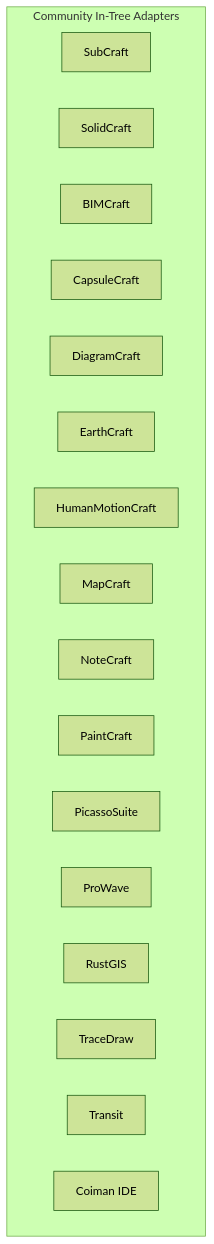
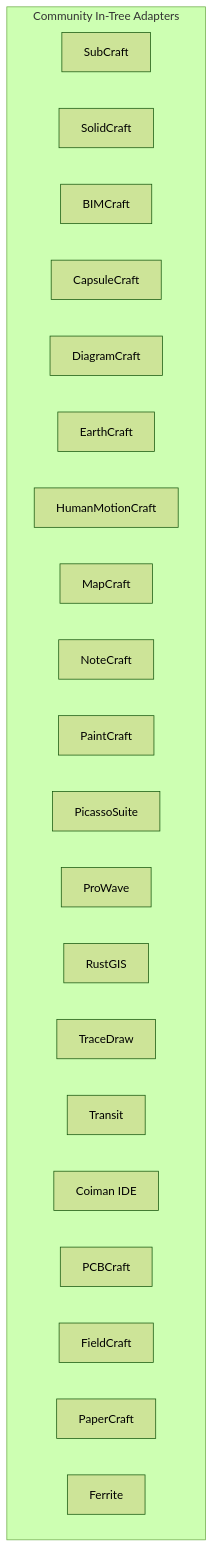
One commit to MostafaXS1/artcraft-android changed the third of 5 diagrams in docs/porting-guide.md. Above: the diagram before and after it, drawn with Mermaid (forest theme). The commit also changed other lines of this file and 4 other files, not shown here.

Commit message:
docs: document new community apps (PCBCraft, FieldCraft, PaperCraft, Ferrite) [ci skip]

````diff
--- a/docs/porting-guide.md
+++ b/docs/porting-guide.md
@@ -241,21 +241,25 @@
 ```mermaid
 graph TD
     subgraph Community In-Tree Adapters
         SubC[SubCraft]
         SolC[SolidCraft]
         BIMC[BIMCraft]
         CapC[CapsuleCraft]
         DiagC[DiagramCraft]
         EC[EarthCraft]
         HMC[HumanMotionCraft]
         MapC[MapCraft]
         NC[NoteCraft]
         PC[PaintCraft]
         PS[PicassoSuite]
         PW[ProWave]
         RGIS[RustGIS]
         TD[TraceDraw]
         Trans[Transit]
         Coim[Coiman IDE]
+        PCBC[PCBCraft]
+        FC[FieldCraft]
+        PapC[PaperCraft]
+        Ferr[Ferrite]
     end
 ```
````
